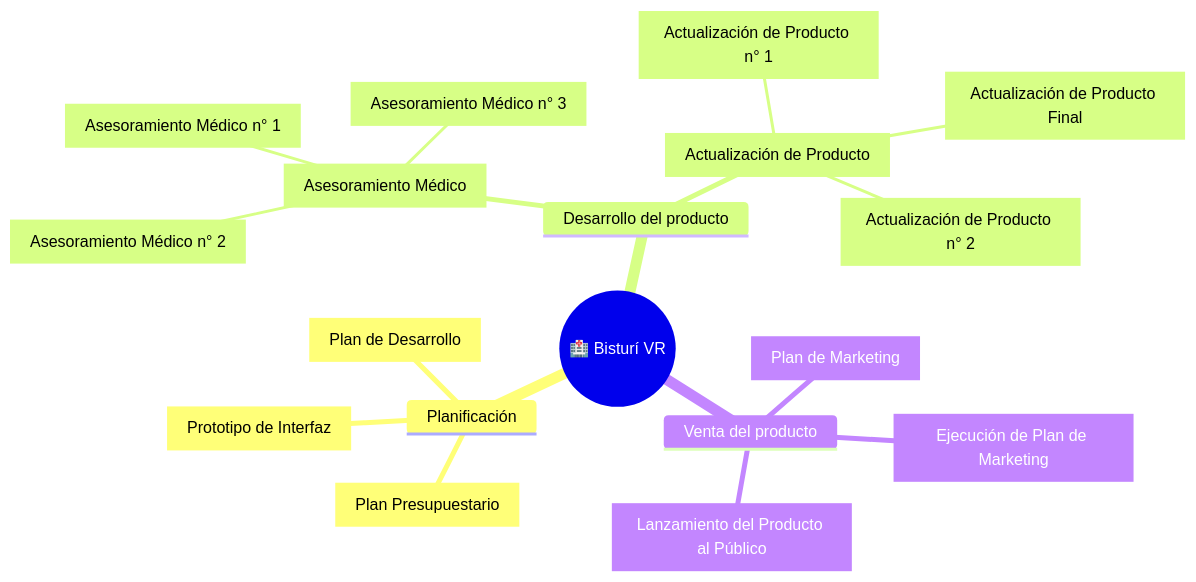
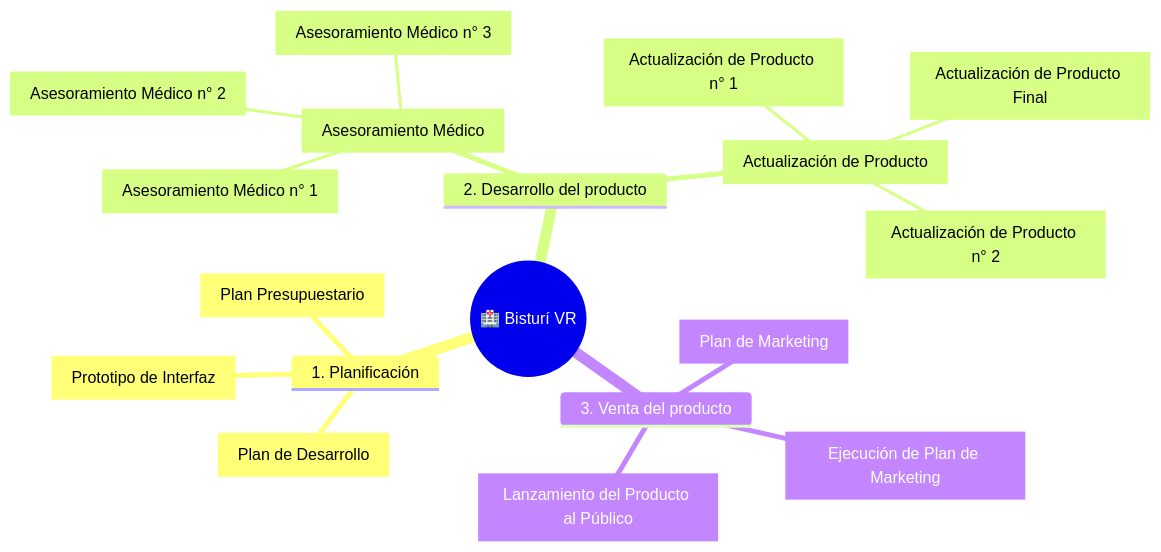
One commit to TomasGonzalez1204/plan-proyecto-gp-uner changed the diagram in docs/01-plan-inicial/entregables.md. Above: the diagram before and after it, drawn with Mermaid.

Commit message:
Update deliverables structure in entregables.md

````diff
--- a/docs/01-plan-inicial/entregables.md
+++ b/docs/01-plan-inicial/entregables.md
@@ -6,22 +6,22 @@
 ```mermaid
 mindmap
   root(("🏥 Bisturí VR"))
-    Planificación
+    1. Planificación
       [Plan de Desarrollo]
       [Plan Presupuestario]
       [Prototipo de Interfaz]
-    Desarrollo del producto
+    2. Desarrollo del producto
       [Asesoramiento Médico]
         [Asesoramiento Médico n° 1]
         [Asesoramiento Médico n° 2]
         [Asesoramiento Médico n° 3]
       [Actualización de Producto]
         [Actualización de Producto n° 1]
         [Actualización de Producto n° 2]
         [Actualización de Producto Final]
-    Venta del producto
+    3. Venta del producto
       [Plan de Marketing]
       [Ejecución de Plan de Marketing]
       [Lanzamiento del Producto al Público]
     
 ```
````
